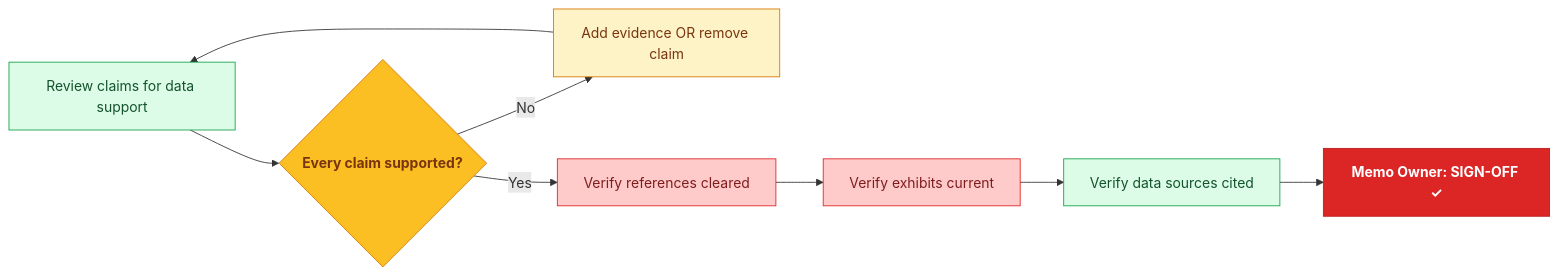
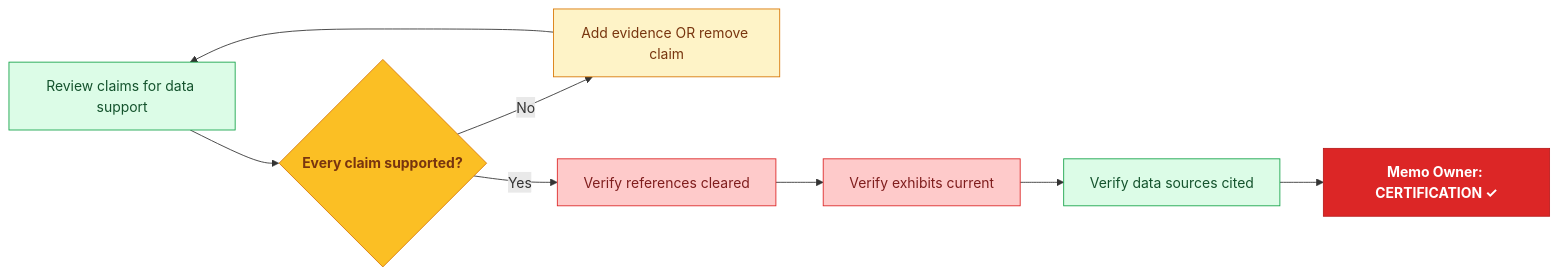
Before and after one commit to mrchanpark/IC-Memo-Flow-Chart-V2: diagram 15 of 17 in README.md, drawn with Mermaid. The commit also changed other lines of this file and 2 other files, not shown here.

````diff
--- a/README.md
+++ b/README.md
@@ -366,15 +404,15 @@
 ```mermaid
 flowchart LR
   A["Review claims for data support"]:::grn --> B{"Every claim supported?"}:::yelD
   B -- No --> C["Add evidence OR remove claim"]:::yel
   C --> A
   B -- Yes --> D["Verify references cleared"]:::red
   D --> E["Verify exhibits current"]:::red
   E --> F["Verify data sources cited"]:::grn
-  F --> G["Memo Owner: SIGN-OFF ✓"]:::redM
+  F --> G["Memo Owner: CERTIFICATION ✓"]:::redM
   classDef red fill:#fecaca,stroke:#dc2626,color:#7f1d1d
   classDef yel fill:#fef3c7,stroke:#d97706,color:#78350f
   classDef yelD fill:#fbbf24,stroke:#d97706,color:#78350f,font-weight:700
   classDef grn fill:#dcfce7,stroke:#16a34a,color:#14532d
   classDef redM fill:#dc2626,stroke:#b91c1c,color:#fff,font-weight:700
 ```
````
